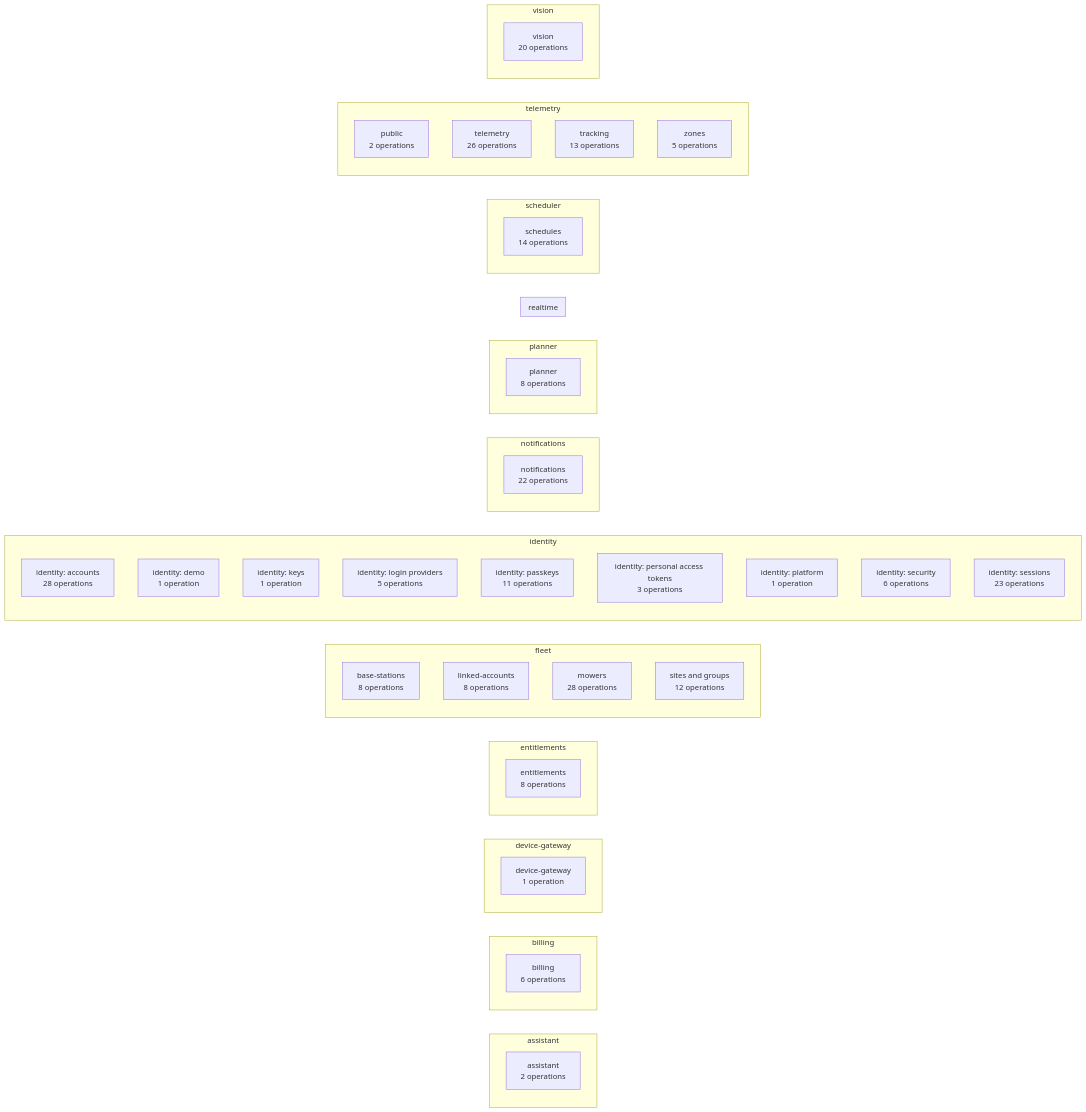
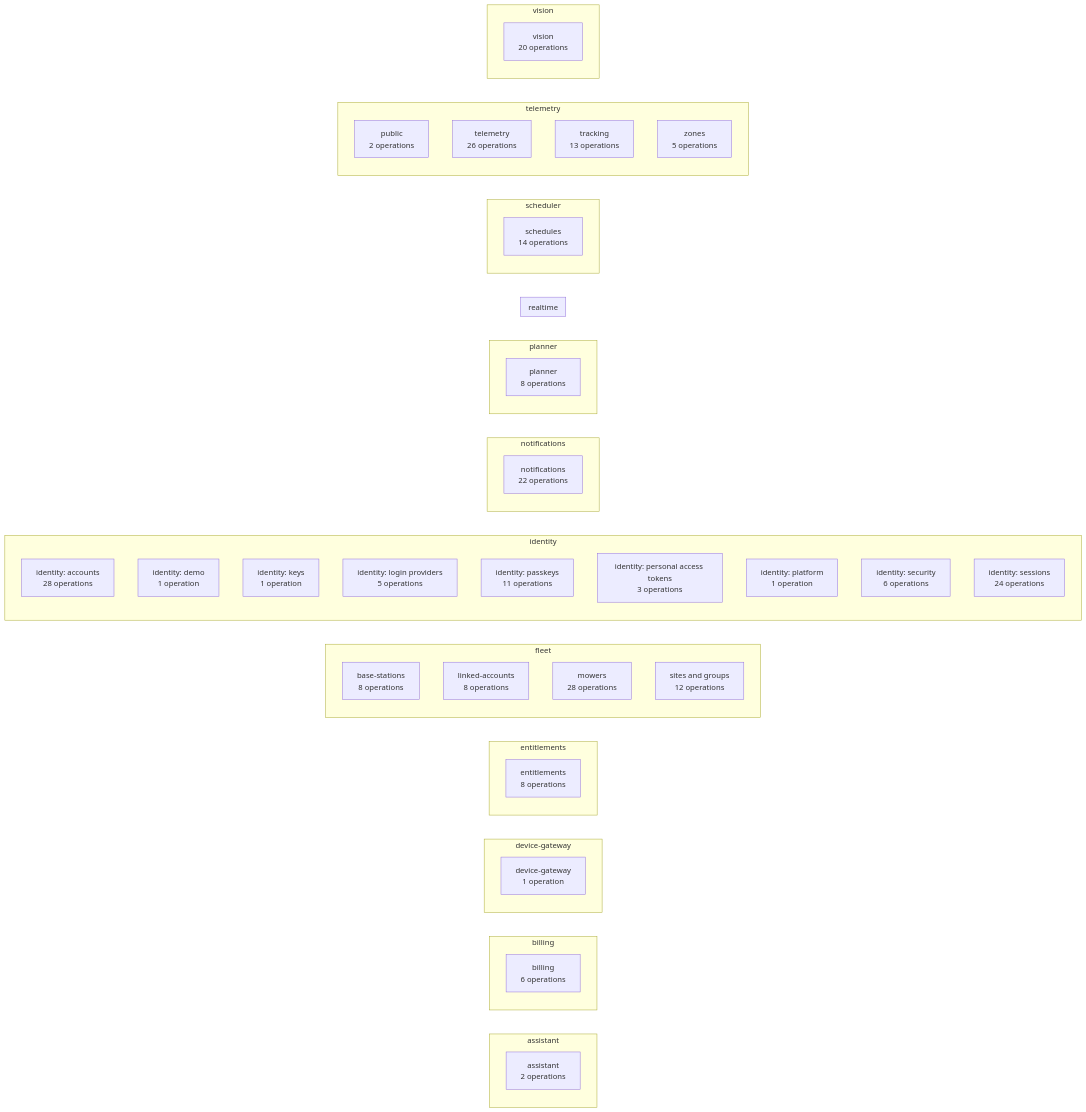
Before and after one commit to lukislp/mowdeck: diagram 14 of 15 in docs/architecture/generated.md, drawn with Mermaid. The commit also changed other lines of this file and 63 other files, not shown here.

````diff
--- a/docs/architecture/generated.md
+++ b/docs/architecture/generated.md
@@ -457,64 +460,64 @@
 ```mermaid
 flowchart LR
   subgraph assistant["assistant"]
     direction TB
     assistant_assistant["assistant<br/>2 operations"]
   end
   subgraph billing["billing"]
     direction TB
     billing_billing["billing<br/>6 operations"]
   end
   subgraph device_gateway["device-gateway"]
     direction TB
     device_gateway_device_gateway["device-gateway<br/>1 operation"]
   end
   subgraph entitlements["entitlements"]
     direction TB
     entitlements_entitlements["entitlements<br/>8 operations"]
   end
   subgraph fleet["fleet"]
     direction TB
     fleet_base_stations["base-stations<br/>8 operations"]
     fleet_linked_accounts["linked-accounts<br/>8 operations"]
     fleet_mowers["mowers<br/>28 operations"]
     fleet_sites_and_groups["sites and groups<br/>12 operations"]
   end
   subgraph identity["identity"]
     direction TB
     identity_identity__accounts["identity: accounts<br/>28 operations"]
     identity_identity__demo["identity: demo<br/>1 operation"]
     identity_identity__keys["identity: keys<br/>1 operation"]
     identity_identity__login_providers["identity: login providers<br/>5 operations"]
     identity_identity__passkeys["identity: passkeys<br/>11 operations"]
     identity_identity__personal_access_tokens["identity: personal access tokens<br/>3 operations"]
     identity_identity__platform["identity: platform<br/>1 operation"]
     identity_identity__security["identity: security<br/>6 operations"]
-    identity_identity__sessions["identity: sessions<br/>23 operations"]
+    identity_identity__sessions["identity: sessions<br/>24 operations"]
   end
   subgraph notifications["notifications"]
     direction TB
     notifications_notifications["notifications<br/>22 operations"]
   end
   subgraph planner["planner"]
     direction TB
     planner_planner["planner<br/>8 operations"]
   end
   subgraph realtime["realtime"]
     direction TB
   end
   subgraph scheduler["scheduler"]
     direction TB
     scheduler_schedules["schedules<br/>14 operations"]
   end
   subgraph telemetry["telemetry"]
     direction TB
     telemetry_public["public<br/>2 operations"]
     telemetry_telemetry["telemetry<br/>26 operations"]
     telemetry_tracking["tracking<br/>13 operations"]
     telemetry_zones["zones<br/>5 operations"]
   end
   subgraph vision["vision"]
     direction TB
     vision_vision["vision<br/>20 operations"]
   end
 ```
````
